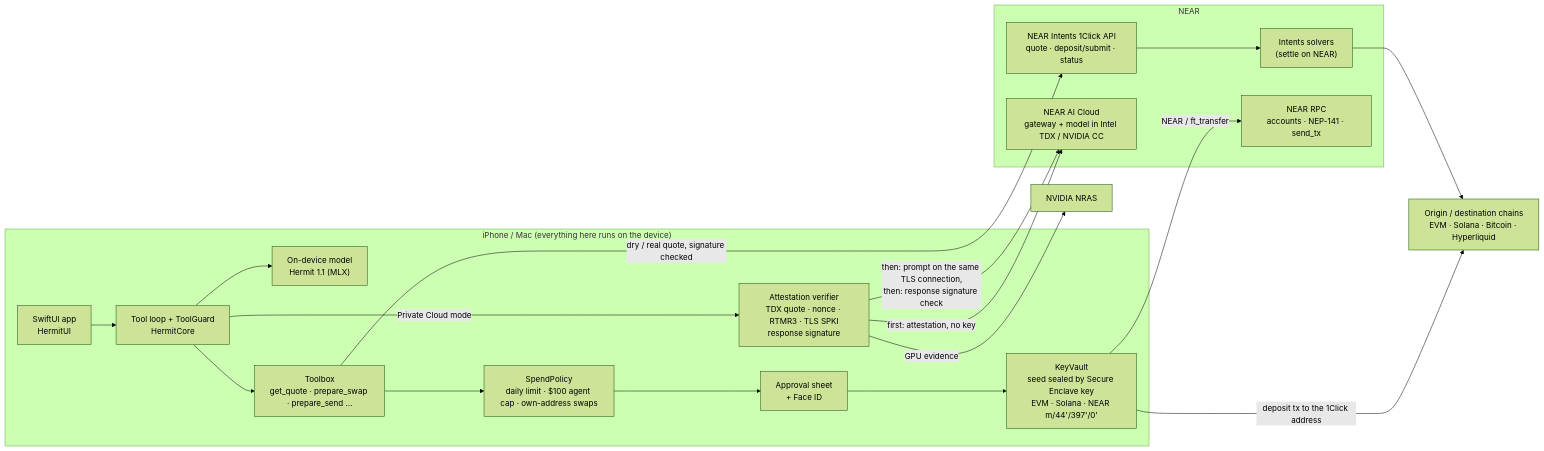
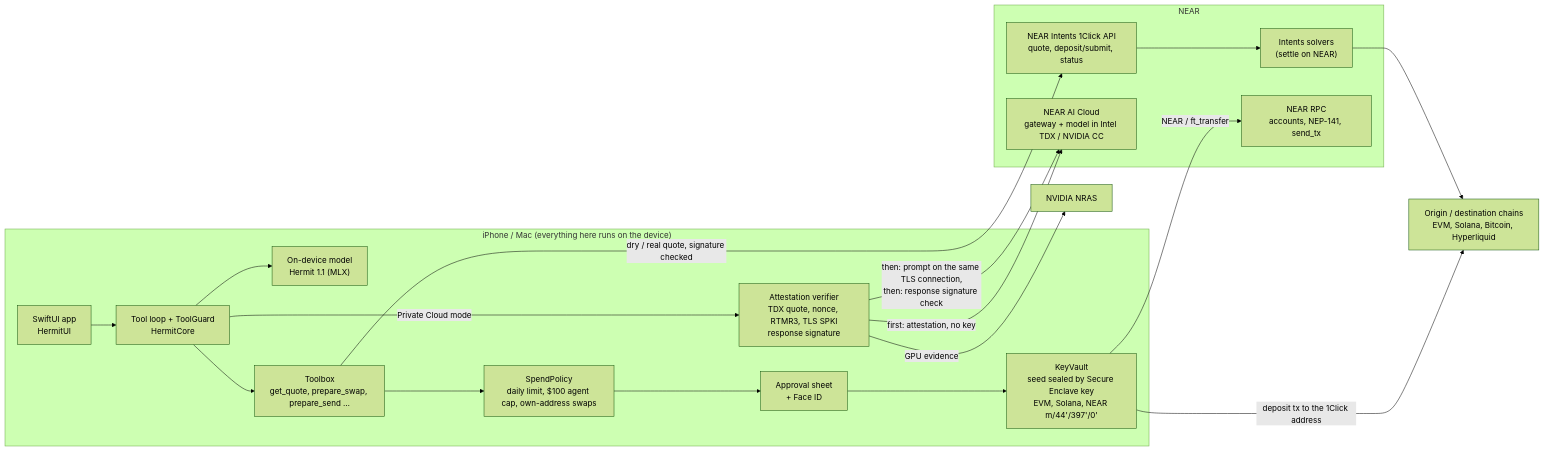
Before and after one commit to Hermit-Ai-Labs/hermit-app: the diagram in README.md, drawn with Mermaid (forest theme). The commit also changed other lines of this file and 95 other files, not shown here.

````diff
--- a/README.md
+++ b/README.md
@@ -269,34 +274,34 @@
 ```mermaid
 flowchart LR
   subgraph Phone["iPhone / Mac (everything here runs on the device)"]
     UI["SwiftUI app<br/>HermitUI"]
     LLM["On-device model<br/>Hermit 1.1 (MLX)"]
     Loop["Tool loop + ToolGuard<br/>HermitCore"]
-    Tools["Toolbox<br/>get_quote · prepare_swap · prepare_send …"]
-    Policy["SpendPolicy<br/>daily limit · $100 agent cap · own-address swaps"]
+    Tools["Toolbox<br/>get_quote, prepare_swap, prepare_send …"]
+    Policy["SpendPolicy<br/>daily limit, $100 agent cap, own-address swaps"]
     Sheet["Approval sheet<br/>+ Face ID"]
-    Vault["KeyVault<br/>seed sealed by Secure Enclave key<br/>EVM · Solana · NEAR m/44'/397'/0'"]
-    Verify["Attestation verifier<br/>TDX quote · nonce · RTMR3 · TLS SPKI<br/>response signature"]
+    Vault["KeyVault<br/>seed sealed by Secure Enclave key<br/>EVM, Solana, NEAR m/44'/397'/0'"]
+    Verify["Attestation verifier<br/>TDX quote, nonce, RTMR3, TLS SPKI<br/>response signature"]
   end
   subgraph NEAR["NEAR"]
-    OneClick["NEAR Intents 1Click API<br/>quote · deposit/submit · status"]
+    OneClick["NEAR Intents 1Click API<br/>quote, deposit/submit, status"]
     Solvers["Intents solvers<br/>(settle on NEAR)"]
-    RPC["NEAR RPC<br/>accounts · NEP-141 · send_tx"]
+    RPC["NEAR RPC<br/>accounts, NEP-141, send_tx"]
     Cloud["NEAR AI Cloud<br/>gateway + model in Intel TDX / NVIDIA CC"]
   end
-  Chains["Origin / destination chains<br/>EVM · Solana · Bitcoin · Hyperliquid"]
+  Chains["Origin / destination chains<br/>EVM, Solana, Bitcoin, Hyperliquid"]
   NRAS["NVIDIA NRAS"]
 
   UI --> Loop
   Loop --> LLM
   Loop -- "Private Cloud mode" --> Verify
   Verify -- "first: attestation, no key" --> Cloud
   Verify -- "GPU evidence" --> NRAS
   Verify -- "then: prompt on the same TLS connection,<br/>then: response signature check" --> Cloud
   Loop --> Tools
   Tools -- "dry / real quote, signature checked" --> OneClick
   Tools --> Policy --> Sheet --> Vault
   Vault -- "deposit tx to the 1Click address" --> Chains
   Vault -- "NEAR / ft_transfer" --> RPC
   OneClick --> Solvers --> Chains
 ```
````
